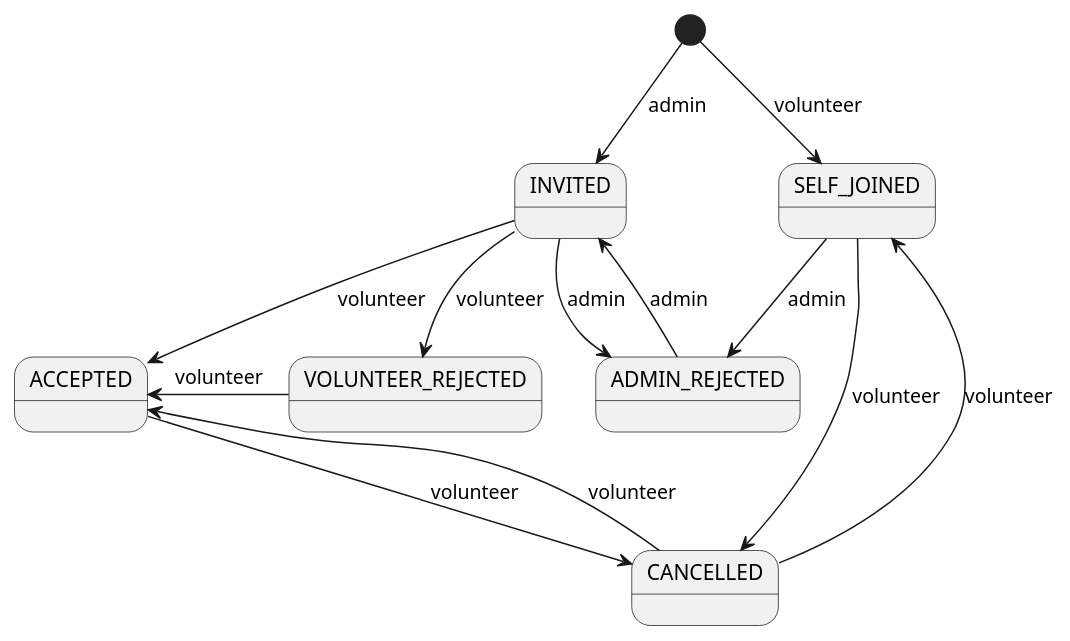
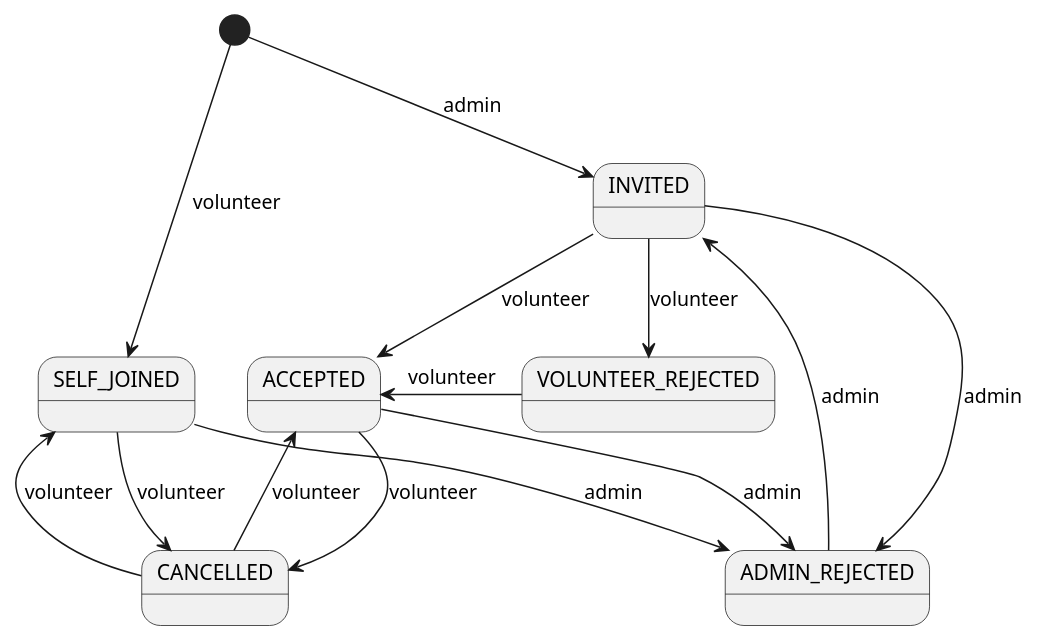
Before and after one commit to holi-social/caluno: the diagram in models/Invite-states.plantuml, drawn with PlantUML. The commit also changed 34 other files, not shown here.

```diff
--- a/models/Invite-states.plantuml
+++ b/models/Invite-states.plantuml
@@ -1,17 +1,18 @@
 @startuml InviteStatusModel
 
 [*] --> INVITED : admin
 ' means the member self-joined without an invite
 [*] --> SELF_JOINED : volunteer
 INVITED --> ACCEPTED : volunteer
 INVITED --> VOLUNTEER_REJECTED : volunteer
 VOLUNTEER_REJECTED -left-> ACCEPTED : volunteer
 SELF_JOINED -down-> CANCELLED : volunteer
 ACCEPTED -down-> CANCELLED : volunteer
 CANCELLED -up-> SELF_JOINED : volunteer
 CANCELLED -up-> ACCEPTED : volunteer
 
+ACCEPTED --> ADMIN_REJECTED : admin
 INVITED -down-> ADMIN_REJECTED : admin
 ADMIN_REJECTED -up-> INVITED : admin
 SELF_JOINED --> ADMIN_REJECTED : admin
 @enduml
```
